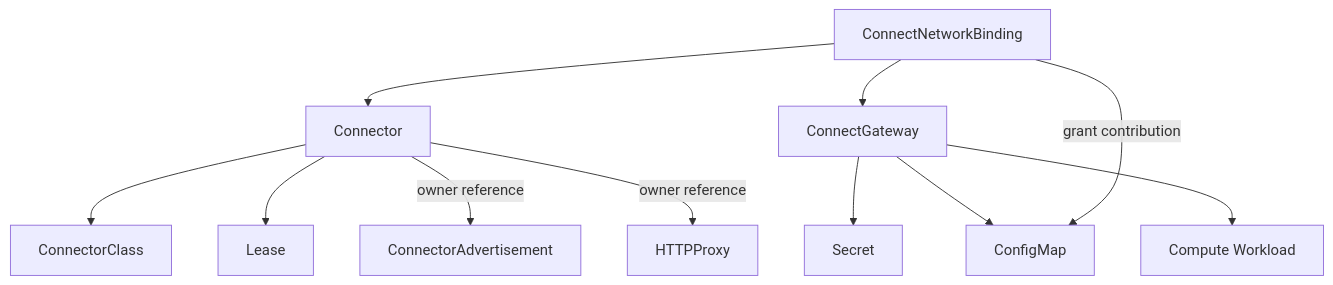
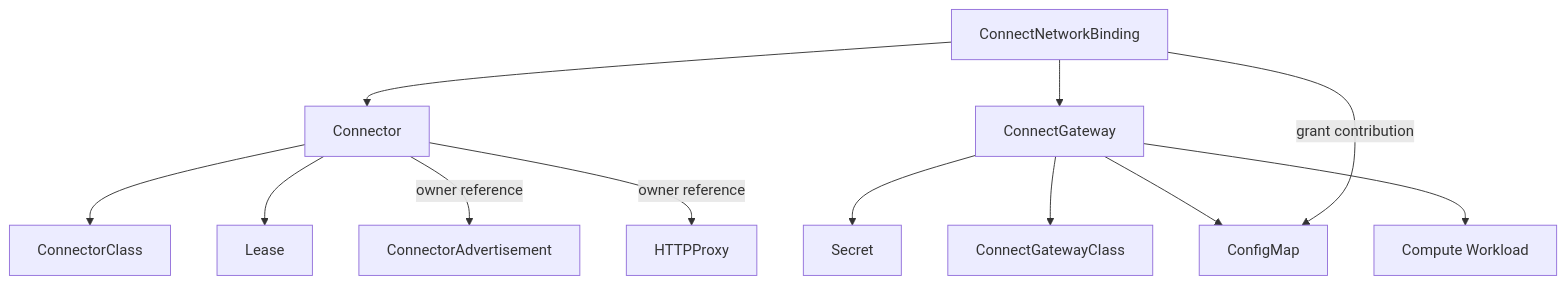
The diagram in docs/architecture/resource-model.md (datum-cloud/connect), drawn with Mermaid before and after one commit. The commit also changed other lines of this file and 15 other files, not shown here.

````diff
--- a/docs/architecture/resource-model.md
+++ b/docs/architecture/resource-model.md
@@ -27,24 +29,26 @@
 ```mermaid
 flowchart TD
     cc[ConnectorClass]
+    gc[ConnectGatewayClass]
     c[Connector]
     l[Lease]
     a[ConnectorAdvertisement]
     hp[HTTPProxy]
     g[ConnectGateway]
     s[Secret]
     cm[ConfigMap]
     w[Compute Workload]
     b[ConnectNetworkBinding]
 
     c --> cc
     c --> l
     c -->|owner reference| a
     c -->|owner reference| hp
     g --> s
+    g --> gc
     g --> cm
     g --> w
     b --> c
     b --> g
     b -->|grant contribution| cm
 ```
````
